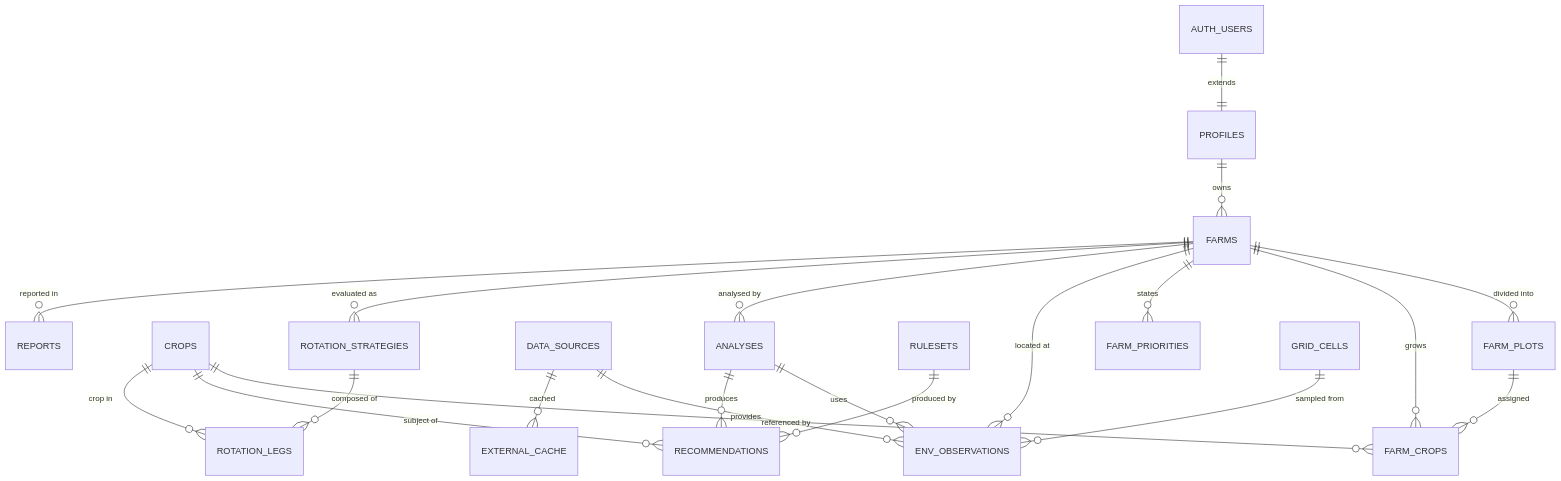
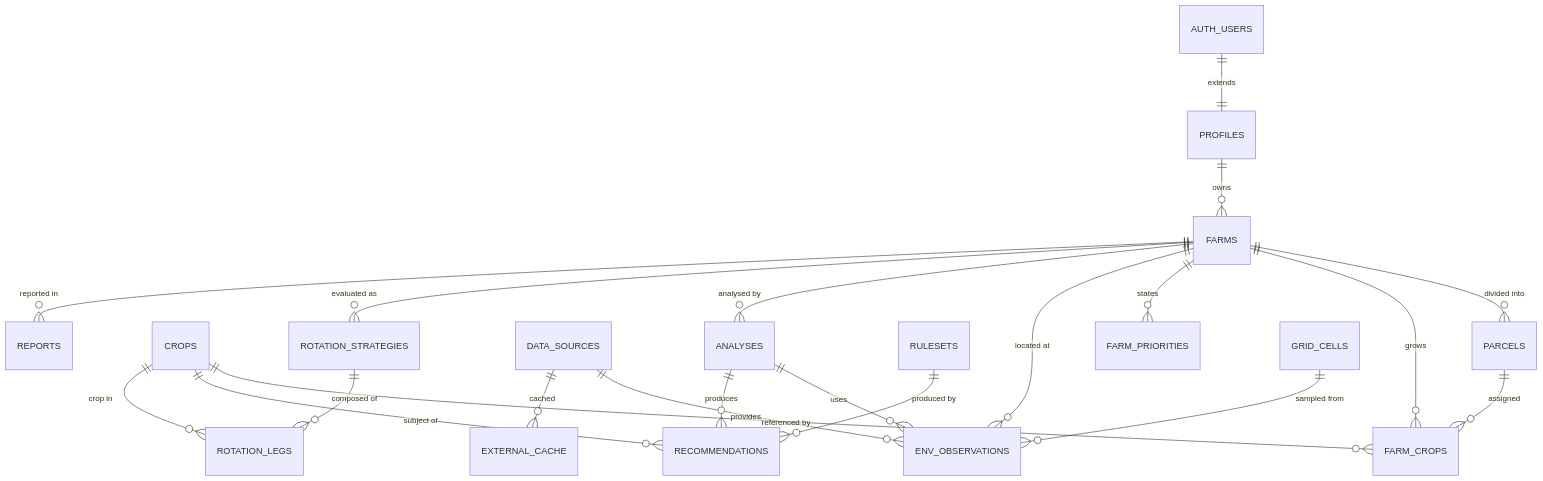
One commit to vip-ultr/dalashift changed the diagram in docs/database/data-model.md. Above: the diagram before and after it, drawn with Mermaid. The commit also changed other lines of this file and 16 other files, not shown here.

````diff
--- a/docs/database/data-model.md
+++ b/docs/database/data-model.md
@@ -31,23 +33,23 @@
 ```mermaid
 erDiagram
     AUTH_USERS ||--|| PROFILES : "extends"
     PROFILES ||--o{ FARMS : "owns"
-    FARMS ||--o{ FARM_PLOTS : "divided into"
+    FARMS ||--o{ PARCELS : "divided into"
     FARMS ||--o{ FARM_CROPS : "grows"
-    FARM_PLOTS ||--o{ FARM_CROPS : "assigned"
+    PARCELS ||--o{ FARM_CROPS : "assigned"
     CROPS ||--o{ FARM_CROPS : "referenced by"
     FARMS ||--o{ FARM_PRIORITIES : "states"
     DATA_SOURCES ||--o{ ENV_OBSERVATIONS : "provides"
     FARMS ||--o{ ENV_OBSERVATIONS : "located at"
     ANALYSES ||--o{ ENV_OBSERVATIONS : "uses"
     FARMS ||--o{ ANALYSES : "analysed by"
     ANALYSES ||--o{ RECOMMENDATIONS : "produces"
     CROPS ||--o{ RECOMMENDATIONS : "subject of"
     RULESETS ||--o{ RECOMMENDATIONS : "produced by"
     FARMS ||--o{ ROTATION_STRATEGIES : "evaluated as"
     ROTATION_STRATEGIES ||--o{ ROTATION_LEGS : "composed of"
     CROPS ||--o{ ROTATION_LEGS : "crop in"
     FARMS ||--o{ REPORTS : "reported in"
     DATA_SOURCES ||--o{ EXTERNAL_CACHE : "cached"
     GRID_CELLS ||--o{ ENV_OBSERVATIONS : "sampled from"
 ```
````
